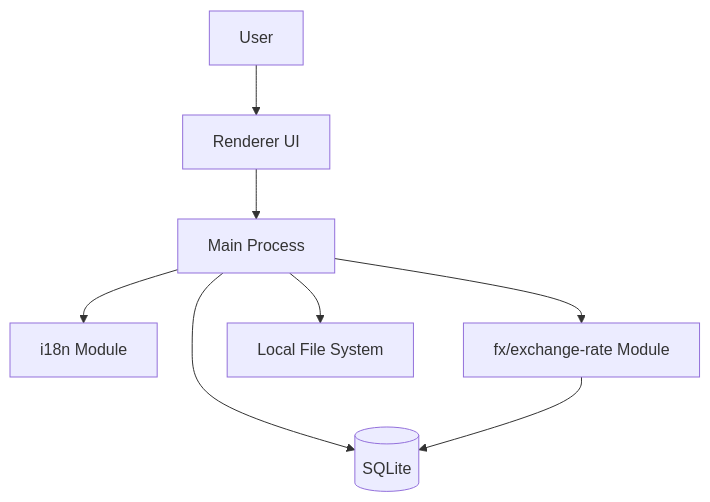
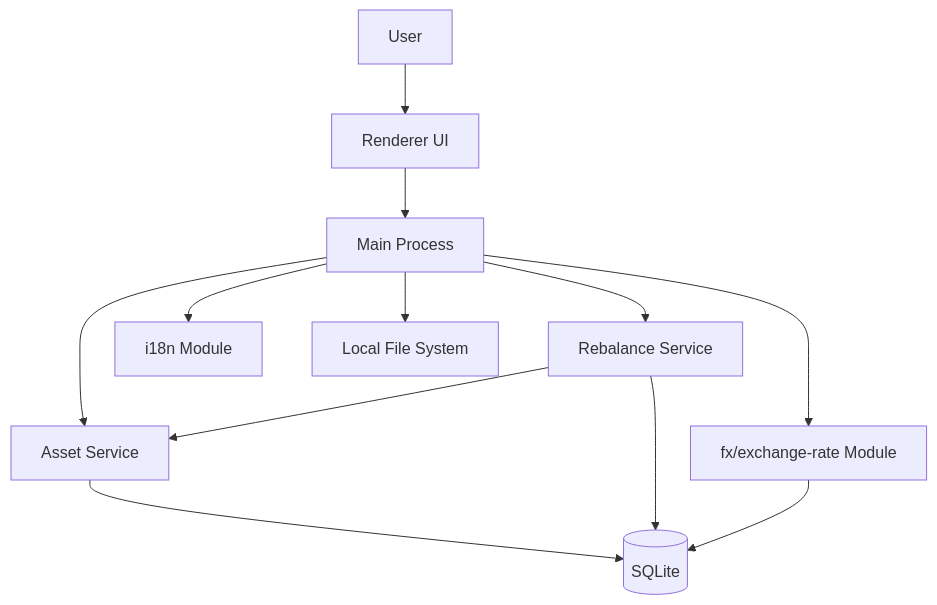
One commit to tonydyb/assets_app changed the first of 6 diagrams in docs/02.HLD.md. Above: the diagram before and after it, drawn with Mermaid. The commit also changed other lines of this file and 16 other files, not shown here.

````diff
--- a/docs/02.HLD.md
+++ b/docs/02.HLD.md
@@ -32,18 +32,24 @@
 ```mermaid
 flowchart TB
   User[User]
   Renderer[Renderer UI]
   Main[Main Process]
+  SVC[Asset Service]
+  REB[Rebalance Service]
   I18N[i18n Module]
   FX[fx/exchange-rate Module]
   DB[(SQLite)]
   FS[Local File System]
 
   User --> Renderer
   Renderer --> Main
+  Main --> SVC
+  Main --> REB
   Main --> I18N
   Main --> FX
-  Main --> DB
+  SVC --> DB
+  REB --> SVC
+  REB --> DB
+  FX --> DB
   Main --> FS
-  FX --> DB
 ```
````
